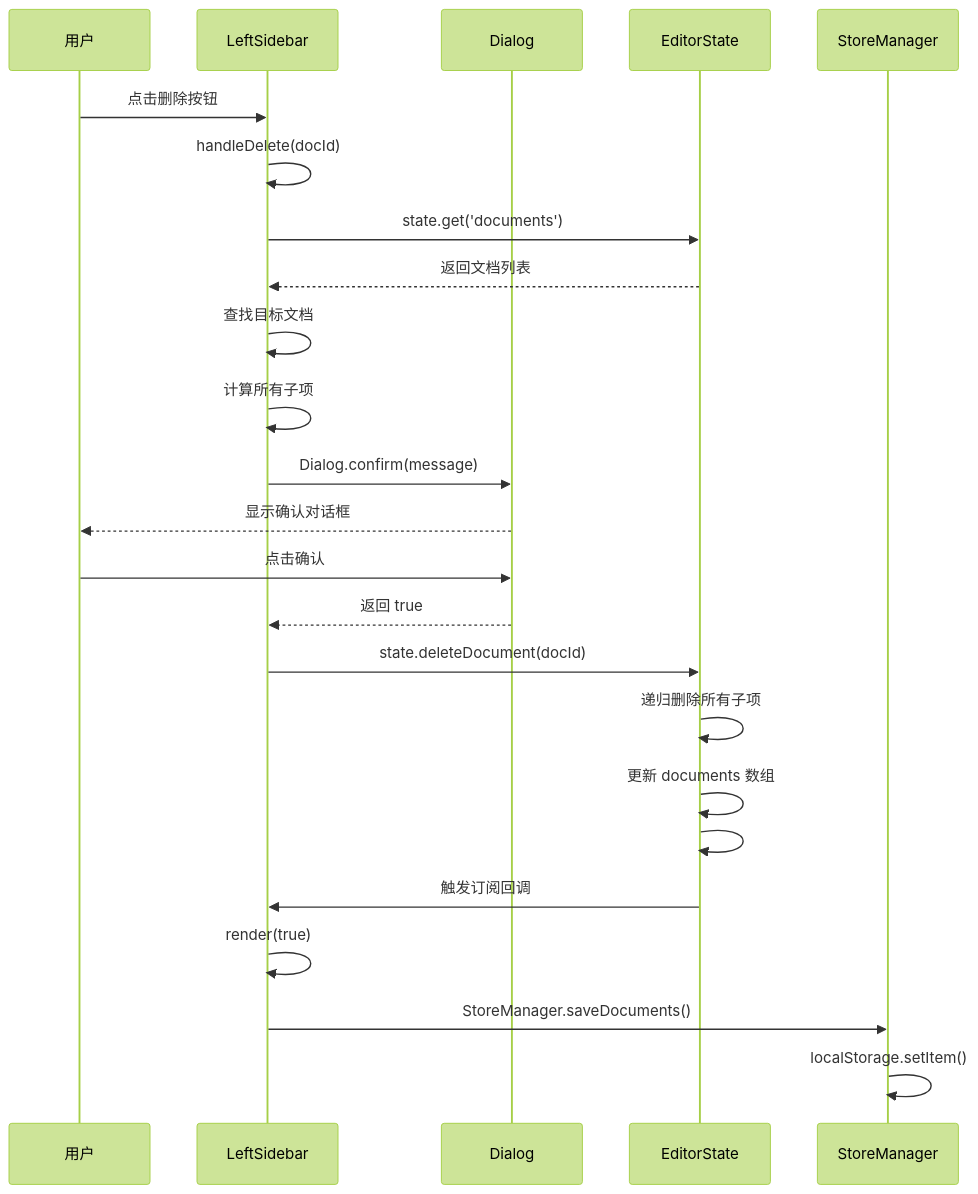
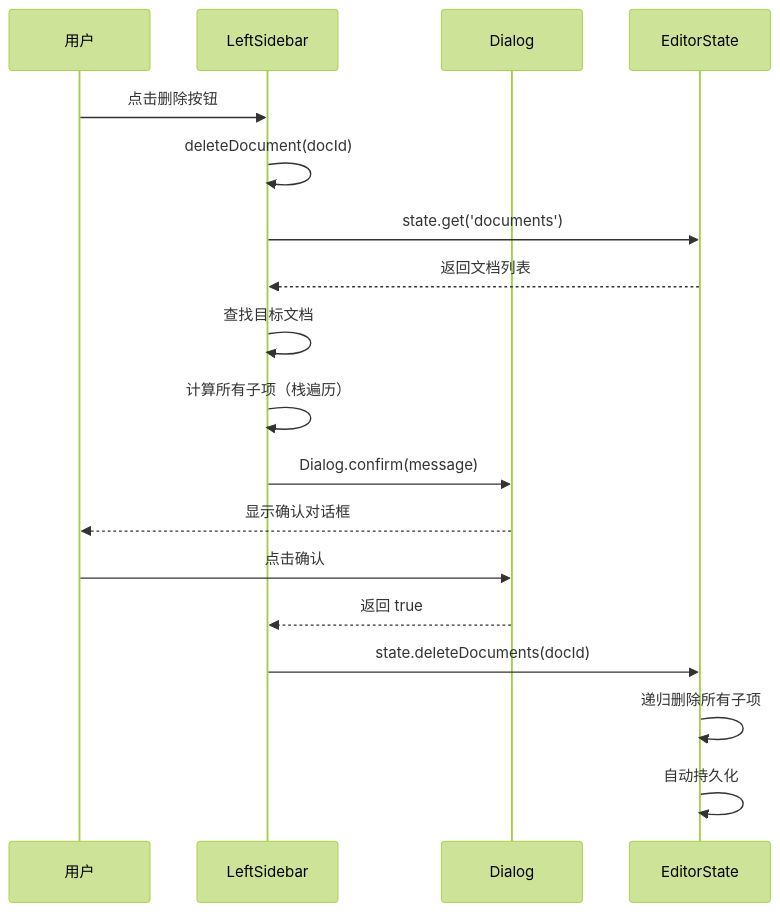
The third of 7 diagrams in docs/document.md (ZCShou/markdown), drawn with Mermaid (forest theme) before and after one commit. The commit also changed other lines of this file, not shown here.

Commit message:
docs: update sidebar architecture and state management documentation

````diff
--- a/docs/document.md
+++ b/docs/document.md
@@ -704,34 +759,26 @@
 ```mermaid
 sequenceDiagram
     participant User as 用户
     participant DocList as LeftSidebar
     participant Dialog as Dialog
     participant State as EditorState
-    participant Store as StoreManager
 
     User->>DocList: 点击删除按钮
-    DocList->>DocList: handleDelete(docId)
+    DocList->>DocList: deleteDocument(docId)
     
     DocList->>State: state.get('documents')
     State-->>DocList: 返回文档列表
     
     DocList->>DocList: 查找目标文档
-    DocList->>DocList: 计算所有子项
+    DocList->>DocList: 计算所有子项（栈遍历）
     
     DocList->>Dialog: Dialog.confirm(message)
     Dialog-->>User: 显示确认对话框
     
     User->>Dialog: 点击确认
     Dialog-->>DocList: 返回 true
     
-    DocList->>State: state.deleteDocument(docId)
+    DocList->>State: state.deleteDocuments(docId)
     State->>State: 递归删除所有子项
-    State->>State: 更新 documents 数组
-    State->>State: #notify()
-    
-    State->>DocList: 触发订阅回调
-    DocList->>DocList: render(true)
-    
-    DocList->>Store: StoreManager.saveDocuments()
-    Store->>Store: localStorage.setItem()
+    State->>State: 自动持久化
 ```
````
